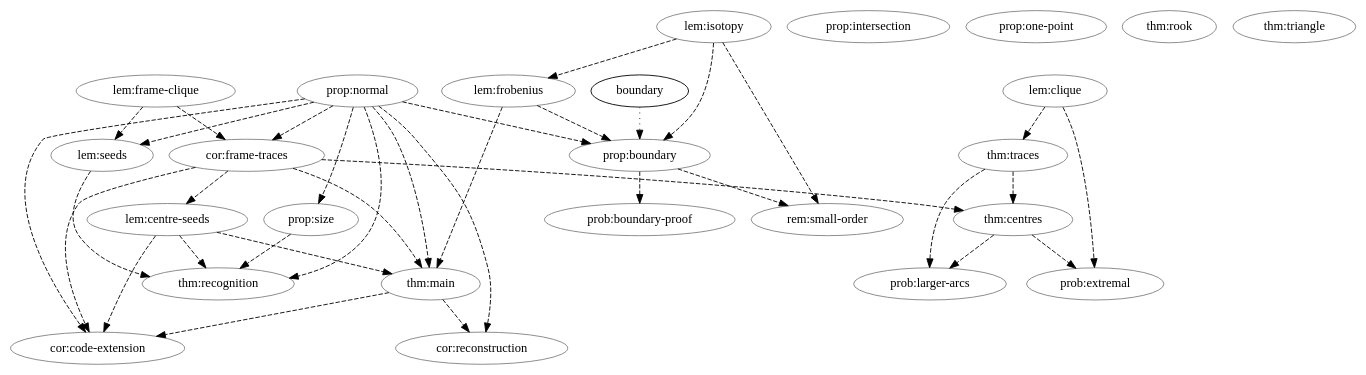
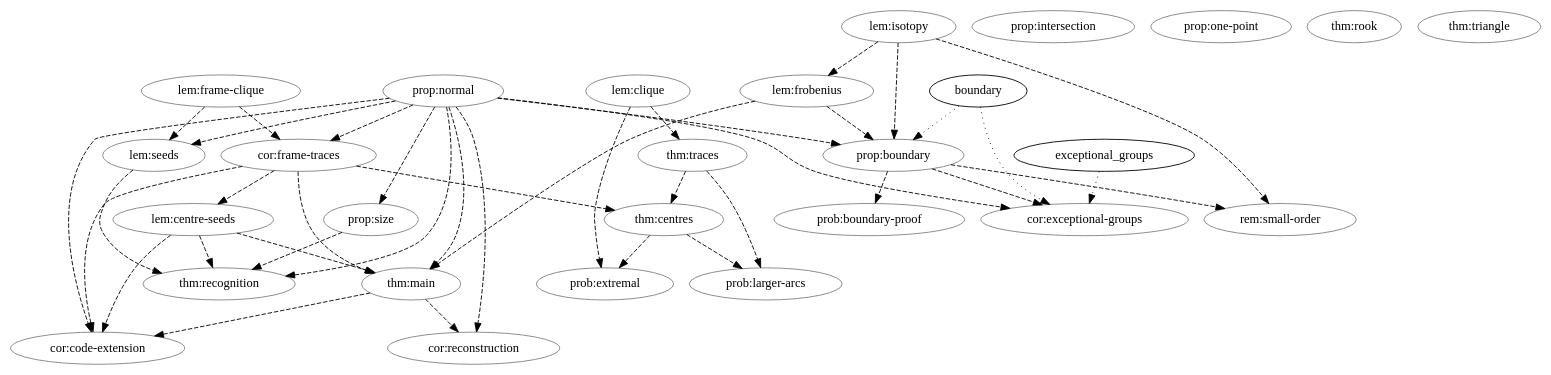
The diagram in papers/continuation-graph-rigidity/verification/dependency-graph.dot (tavisrudd/othello), drawn with Graphviz before and after one commit. The commit also changed 12 other files, not shown here.

Commit message:
Record exceptional continuation groups and compact recognition algorithm

```diff
--- a/papers/continuation-graph-rigidity/verification/dependency-graph.dot
+++ b/papers/continuation-graph-rigidity/verification/dependency-graph.dot
@@ -1,61 +1,66 @@
 digraph claims {
   "cor:code-extension" [color="gray"];
   "thm:main" -> "cor:code-extension" [style=dashed];
   "prop:normal" -> "cor:code-extension" [style=dashed];
   "cor:frame-traces" -> "cor:code-extension" [style=dashed];
   "lem:centre-seeds" -> "cor:code-extension" [style=dashed];
+  "cor:exceptional-groups" [color="gray"];
+  "prop:boundary" -> "cor:exceptional-groups" [style=dashed];
+  "prop:normal" -> "cor:exceptional-groups" [style=dashed];
+  "boundary" -> "cor:exceptional-groups" [style=dotted];
+  "exceptional_groups" -> "cor:exceptional-groups" [style=dotted];
   "cor:frame-traces" [color="gray"];
   "lem:frame-clique" -> "cor:frame-traces" [style=dashed];
   "prop:normal" -> "cor:frame-traces" [style=dashed];
   "cor:reconstruction" [color="gray"];
   "thm:main" -> "cor:reconstruction" [style=dashed];
   "prop:normal" -> "cor:reconstruction" [style=dashed];
   "lem:centre-seeds" [color="gray"];
   "cor:frame-traces" -> "lem:centre-seeds" [style=dashed];
   "lem:clique" [color="gray"];
   "lem:frame-clique" [color="gray"];
   "lem:frobenius" [color="gray"];
   "lem:isotopy" -> "lem:frobenius" [style=dashed];
   "lem:isotopy" [color="gray"];
   "lem:seeds" [color="gray"];
   "prop:normal" -> "lem:seeds" [style=dashed];
   "lem:frame-clique" -> "lem:seeds" [style=dashed];
   "prob:boundary-proof" [color="gray"];
   "prop:boundary" -> "prob:boundary-proof" [style=dashed];
   "prob:extremal" [color="gray"];
   "lem:clique" -> "prob:extremal" [style=dashed];
   "thm:centres" -> "prob:extremal" [style=dashed];
   "prob:larger-arcs" [color="gray"];
   "thm:traces" -> "prob:larger-arcs" [style=dashed];
   "thm:centres" -> "prob:larger-arcs" [style=dashed];
   "prop:boundary" [color="gray"];
   "prop:normal" -> "prop:boundary" [style=dashed];
   "lem:isotopy" -> "prop:boundary" [style=dashed];
   "lem:frobenius" -> "prop:boundary" [style=dashed];
   "boundary" -> "prop:boundary" [style=dotted];
   "prop:intersection" [color="gray"];
   "prop:normal" [color="gray"];
   "prop:one-point" [color="gray"];
   "prop:size" [color="gray"];
   "prop:normal" -> "prop:size" [style=dashed];
   "rem:small-order" [color="gray"];
   "prop:boundary" -> "rem:small-order" [style=dashed];
   "lem:isotopy" -> "rem:small-order" [style=dashed];
   "thm:centres" [color="gray"];
   "cor:frame-traces" -> "thm:centres" [style=dashed];
   "thm:traces" -> "thm:centres" [style=dashed];
   "thm:main" [color="gray"];
   "cor:frame-traces" -> "thm:main" [style=dashed];
   "lem:centre-seeds" -> "thm:main" [style=dashed];
   "prop:normal" -> "thm:main" [style=dashed];
   "lem:frobenius" -> "thm:main" [style=dashed];
   "thm:recognition" [color="gray"];
   "lem:seeds" -> "thm:recognition" [style=dashed];
   "lem:centre-seeds" -> "thm:recognition" [style=dashed];
   "prop:normal" -> "thm:recognition" [style=dashed];
   "prop:size" -> "thm:recognition" [style=dashed];
   "thm:rook" [color="gray"];
   "thm:traces" [color="gray"];
   "lem:clique" -> "thm:traces" [style=dashed];
   "thm:triangle" [color="gray"];
 }
```
